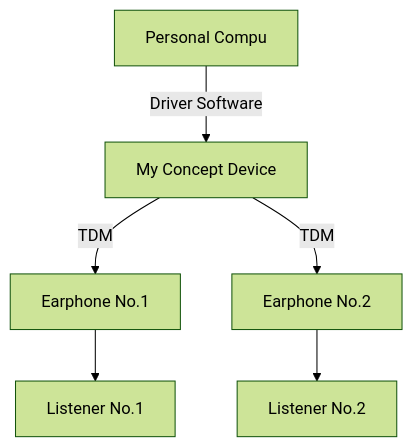
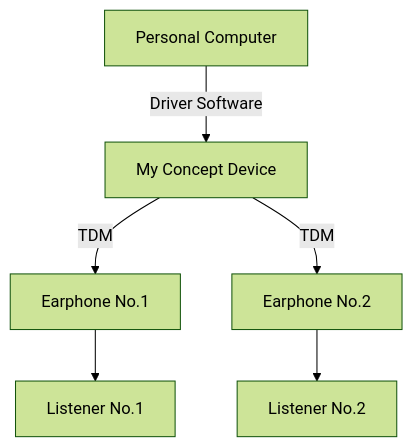
One commit to XwX12596/DSP changed the diagram in proj8/script.md. Above: the diagram before and after it, drawn with Mermaid (forest theme). The commit also changed other lines of this file and 2 other files, not shown here.

Commit message:
project 8 version commit

````diff
--- a/proj8/script.md
+++ b/proj8/script.md
@@ -104,8 +102,8 @@
 ```mermaid
 flowchart TD
-	PC[Personal Compu] -- Driver Software --> dev[My Concept Device];
+	PC[Personal Computer] -- Driver Software --> dev[My Concept Device];
 	dev -- TDM --> E1[Earphone No.1];
 	dev -- TDM --> E2[Earphone No.2];
 	E1 --> L1[Listener No.1];
 	E2 --> L2[Listener No.2];
 ```
````
